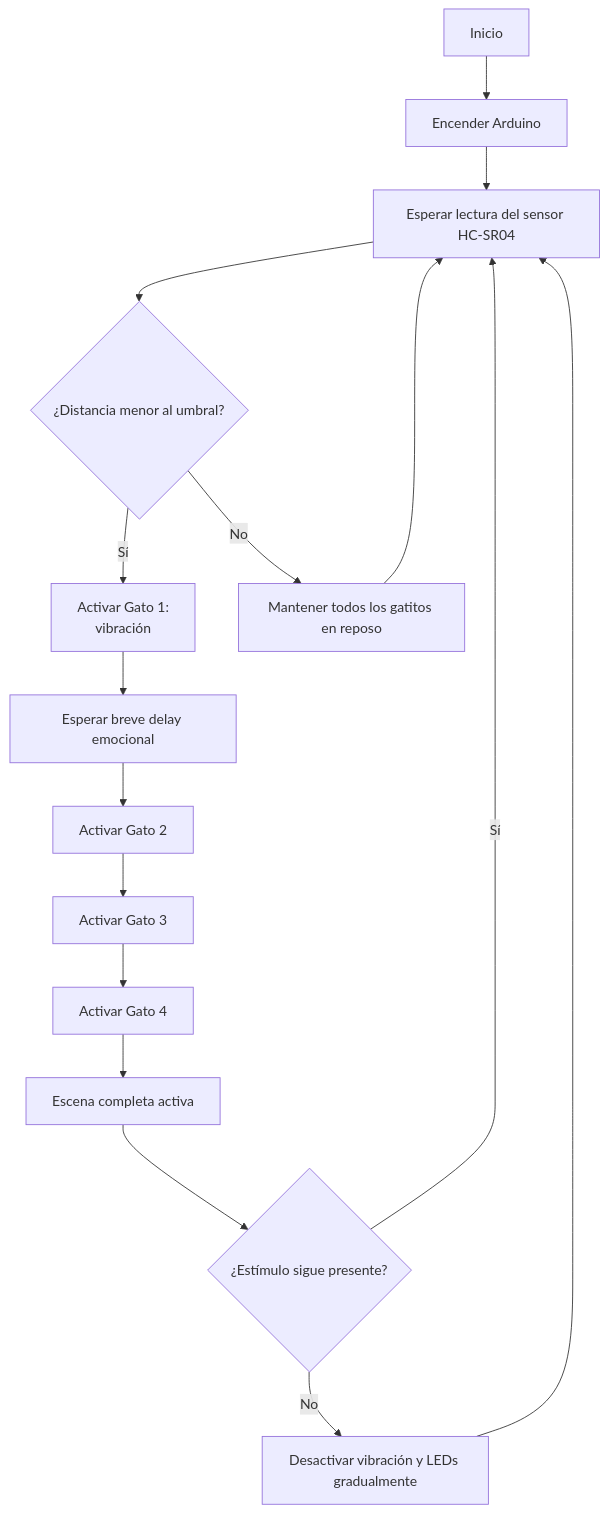
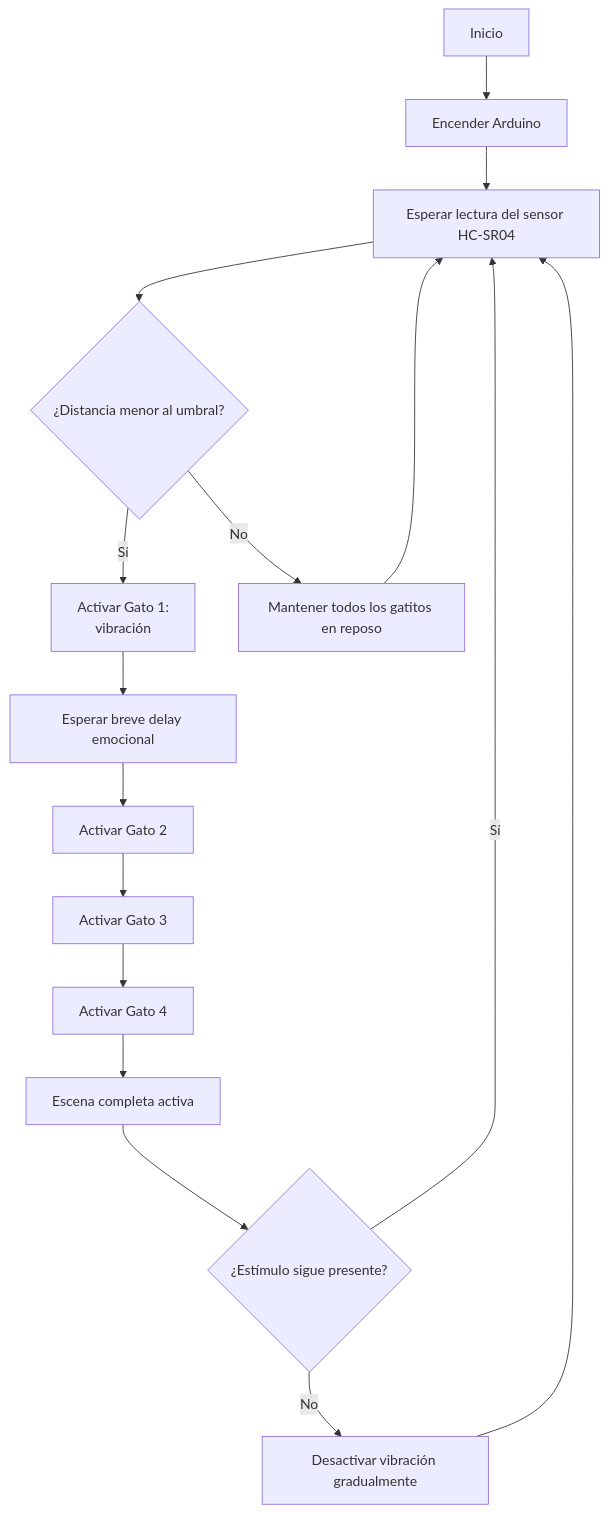
One commit to disenoUDP/dis8645-2025-2-proyectos changed the diagram in 00-examen/grupo-02/README.md. Above: the diagram before and after it, drawn with Mermaid. The commit also changed other lines of this file, not shown here.

````diff
--- a/00-examen/grupo-02/README.md
+++ b/00-examen/grupo-02/README.md
@@ -86,24 +91,24 @@
 ```mermaid
 flowchart TD
     A[Inicio] --> B[Encender Arduino]
     B --> C[Esperar lectura del sensor HC-SR04]
 
     C --> D{¿Distancia menor al umbral?}
 
     D -- Sí --> E[Activar Gato 1:<br>vibración]
     E --> F[Esperar breve delay emocional]
     F --> G[Activar Gato 2]
     G --> H[Activar Gato 3]
     H --> I[Activar Gato 4]
 
     D -- No --> J[Mantener todos los gatitos en reposo]
 
     I --> K[Escena completa activa]
     J --> C
     K --> L{¿Estímulo sigue presente?}
 
     L -- Sí --> C
-    L -- No --> M[Desactivar vibración y LEDs gradualmente]
+    L -- No --> M[Desactivar vibración gradualmente]
 
     M --> C
 ```
````
